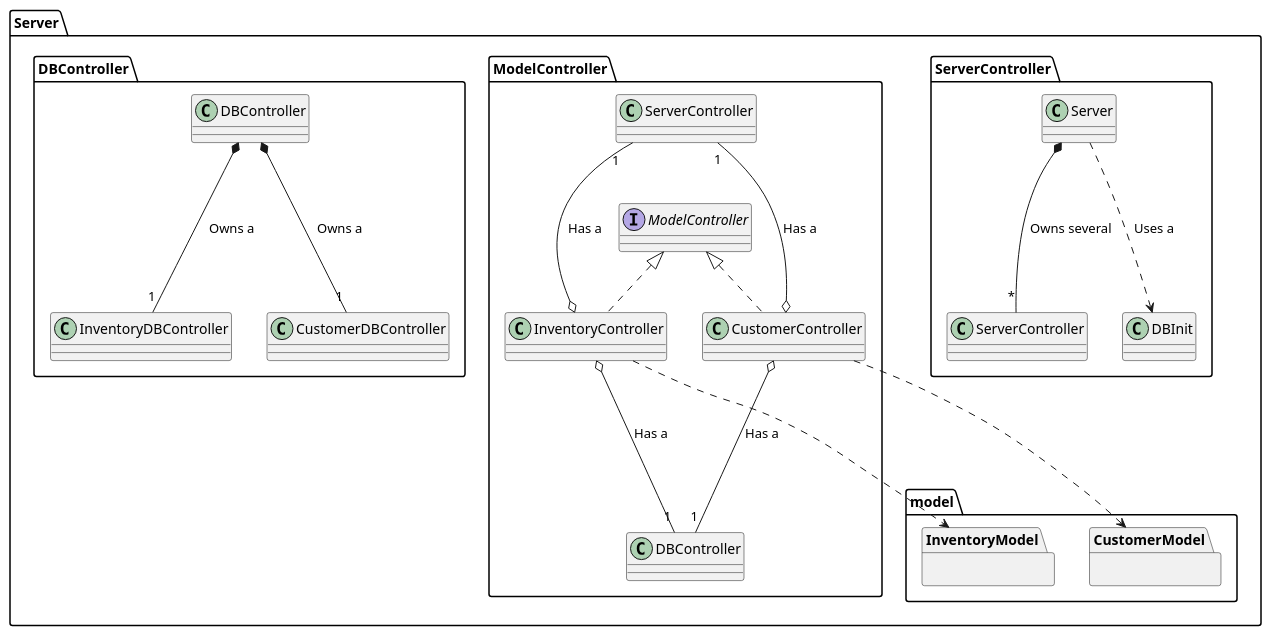
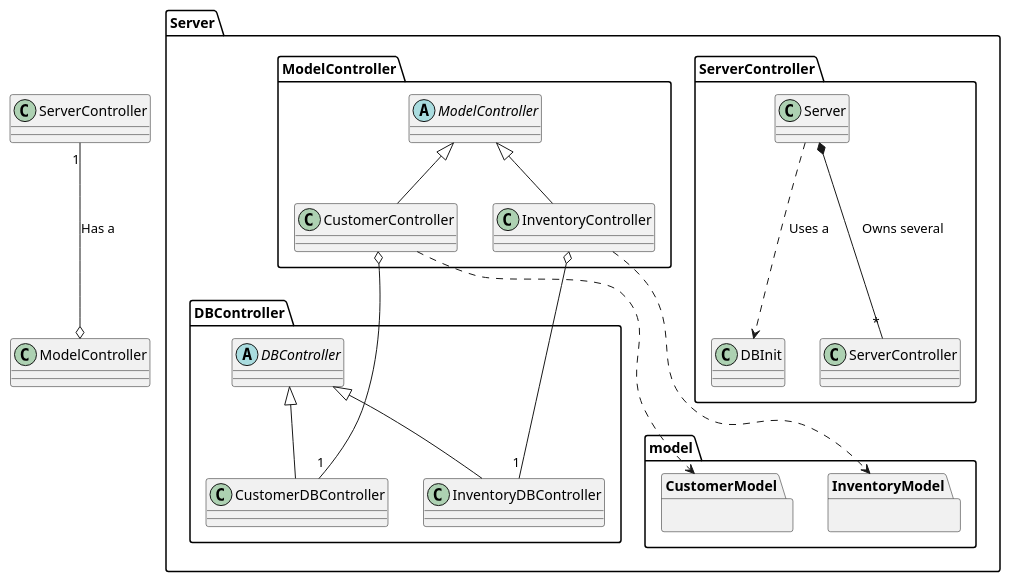
One commit to mklasby/MVC-Distributed-Inventory-Management changed the diagram in UML Models/ServerPackage.md. Above: the diagram before and after it, drawn with PlantUML. The commit also changed 9 other files, not shown here.

Commit message:
final uml changes

```diff
--- a/UML Models/ServerPackage.md
+++ b/UML Models/ServerPackage.md
@@ -1,49 +1,49 @@
 @startuml
 package Server{
 	package ServerController{
         class Server{
         }
         class ServerController{
         }
         class DBInit{
         }
         Server *--- "*" ServerController: Owns several
         Server ...> DBInit: Uses a
     }
     package ModelController{
-        interface ModelController{
+        abstract class ModelController{
         }
-        class InventoryController implements ModelController{
+        class InventoryController extends ModelController{
         }
-        class CustomerController implements ModelController{
+        class CustomerController extends ModelController{
         }
-        ServerController "1" ---o InventoryController: Has a
-        ServerController "1 "---o CustomerController: Has a
-        InventoryController o--- "1" DBController: Has a
-        CustomerController o--- "1" DBController: Has a
+
     }
     
    package model{
         package InventoryModel{
         }
         package CustomerModel{
         }
     }
     
    package DBController{
-    		class DBController{
+    		abstract class DBController{
     		}
-    		class InventoryDBController{
+    		class InventoryDBController extends DBController{
     		}
-    		class CustomerDBController{
+    		class CustomerDBController extends DBController{
     		}
-    		DBController *--- "1" InventoryDBController: Owns a
-        DBController *--- "1" CustomerDBController: Owns a
+
     }
+
+}
+    ServerController "1" ---o ModelController: Has a
+    InventoryController o--- "1" InventoryDBController
+    CustomerController o--- "1" CustomerDBController
     InventoryController ...> InventoryModel
     CustomerController ...> CustomerModel
-}
 
 
 
 @enduml
```
